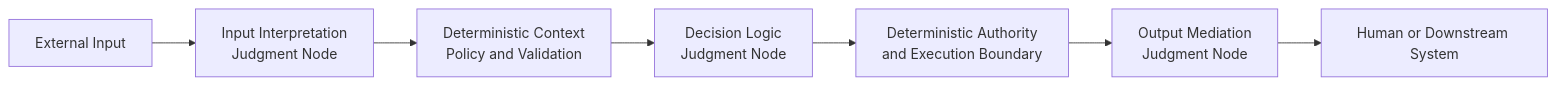
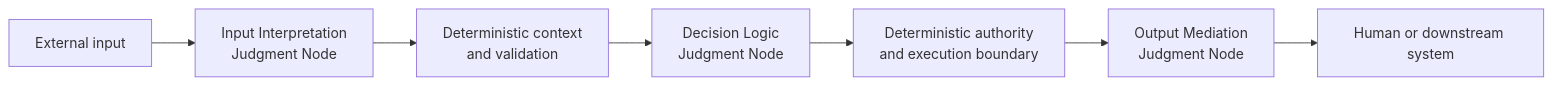
The second of 2 diagrams in 00-doctrine/model-judgment-placement.md (UncertaintyArchitectureGroup/uncertainty-architecture), drawn with Mermaid before and after one commit. The commit also changed other lines of this file, not shown here.

````diff
--- a/00-doctrine/model-judgment-placement.md
+++ b/00-doctrine/model-judgment-placement.md
@@ -108,15 +118,15 @@
 ```mermaid
 flowchart LR
-    IN[External Input]
+    IN[External input]
 
     J1[Input Interpretation<br/>Judgment Node]
-    DC1[Deterministic Context<br/>Policy and Validation]
+    DC1[Deterministic context<br/>and validation]
 
     J2[Decision Logic<br/>Judgment Node]
-    DC2[Deterministic Authority<br/>and Execution Boundary]
+    DC2[Deterministic authority<br/>and execution boundary]
 
     J3[Output Mediation<br/>Judgment Node]
-    OUT[Human or Downstream System]
+    OUT[Human or downstream system]
 
     IN --> J1 --> DC1 --> J2 --> DC2 --> J3 --> OUT
 ```
````
